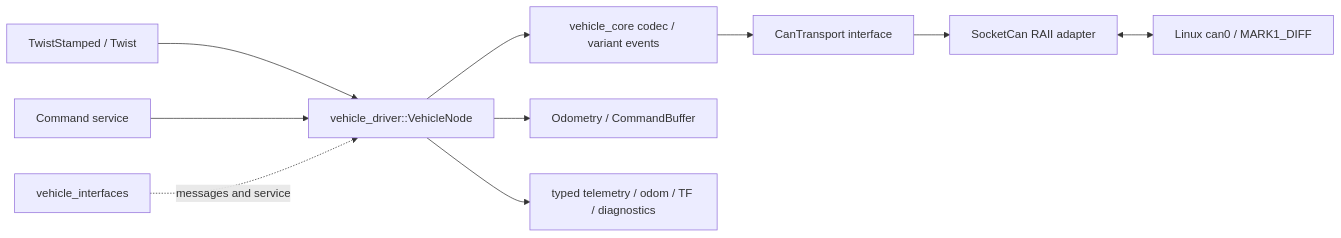
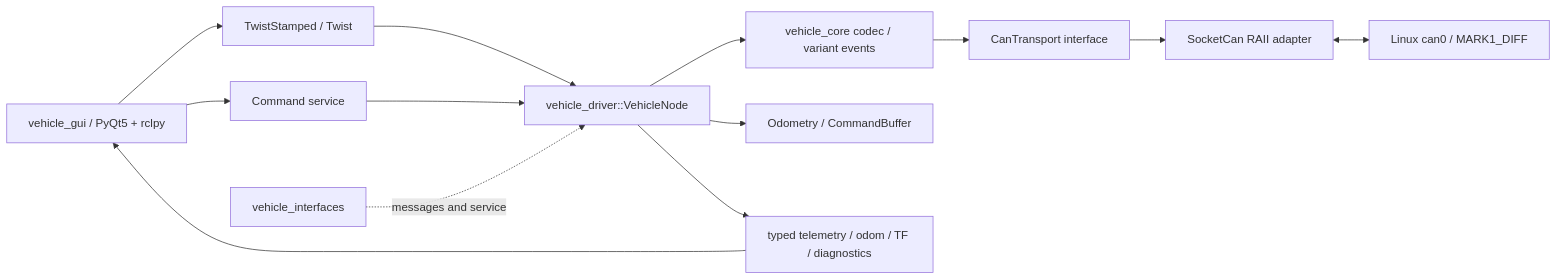
The diagram in docs/architecture.md (lk888l/xpkg_vehicle), drawn with Mermaid before and after one commit. The commit also changed other lines of this file and 35 other files, not shown here.

````diff
--- a/docs/architecture.md
+++ b/docs/architecture.md
@@ -5,12 +5,15 @@
 ```mermaid
 flowchart LR
-  Cmd[TwistStamped / Twist] --> Node[vehicle_driver::VehicleNode]
-  Svc[Command service] --> Node
+  Gui[vehicle_gui / PyQt5 + rclpy] --> Cmd[TwistStamped / Twist]
+  Gui --> Svc[Command service]
+  Output --> Gui
+  Cmd --> Node[vehicle_driver::VehicleNode]
+  Svc --> Node
   Node --> Codec[vehicle_core codec / variant events]
   Node --> Odom[Odometry / CommandBuffer]
   Codec --> Transport[CanTransport interface]
   Transport --> Socket[SocketCan RAII adapter]
   Socket <--> CAN[Linux can0 / MARK1_DIFF]
   Node --> Output[typed telemetry / odom / TF / diagnostics]
   Interfaces[vehicle_interfaces] -. messages and service .-> Node
 ```
````
